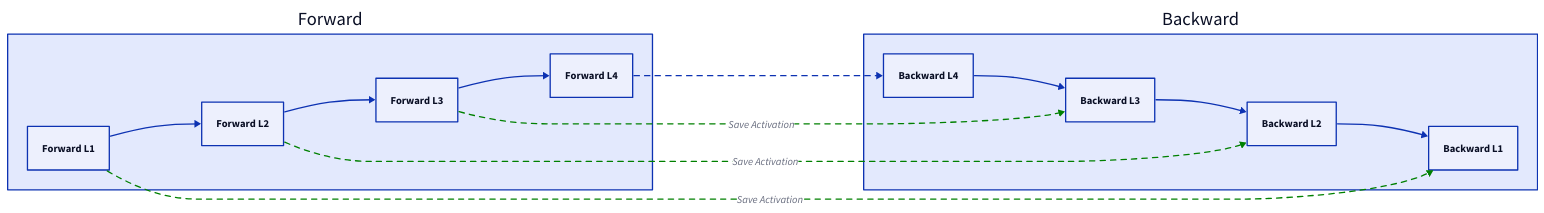
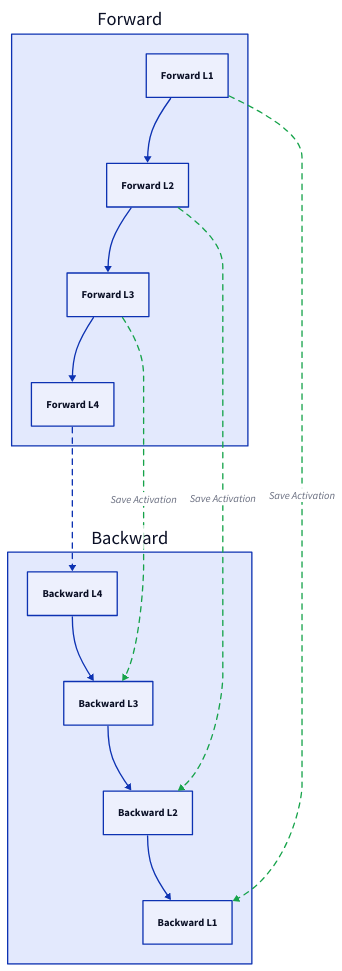
One commit to 111qqz/111qqz.github.io changed the diagram in images/gpu-memory-mental-model/forward-backward-activation.d2. Above: the diagram before and after it, drawn with D2. The commit also changed 23 other files, not shown here.

Commit message:
feat(diagrams): 重构 12 张过宽配图为纵向/分阶段布局，修正 D2 作用域并按需使用 TALA 111qqz/hugo-blog@0072b7b41add818594301a5db81fbe83de0efd16

```diff
--- a/images/gpu-memory-mental-model/forward-backward-activation.d2
+++ b/images/gpu-memory-mental-model/forward-backward-activation.d2
@@ -1,35 +1,37 @@
-direction: right
+direction: down
 
 Forward {
+  direction: right
   F1: Forward L1
   F2: Forward L2
   F3: Forward L3
   F4: Forward L4
-  
+
   F1 -> F2 -> F3 -> F4
 }
 
 Backward {
+  direction: right
   B4: Backward L4
   B3: Backward L3
   B2: Backward L2
   B1: Backward L1
-  
+
   B4 -> B3 -> B2 -> B1
 }
 
 Forward.F4 -> Backward.B4 {
   style.stroke-dash: 4
 }
 Forward.F1 -> Backward.B1: Save Activation {
   style.stroke-dash: 4
-  style.stroke: green
+  style.stroke: "#16a34a"
 }
 Forward.F2 -> Backward.B2: Save Activation {
   style.stroke-dash: 4
-  style.stroke: green
+  style.stroke: "#16a34a"
 }
 Forward.F3 -> Backward.B3: Save Activation {
   style.stroke-dash: 4
-  style.stroke: green
+  style.stroke: "#16a34a"
 }
```
